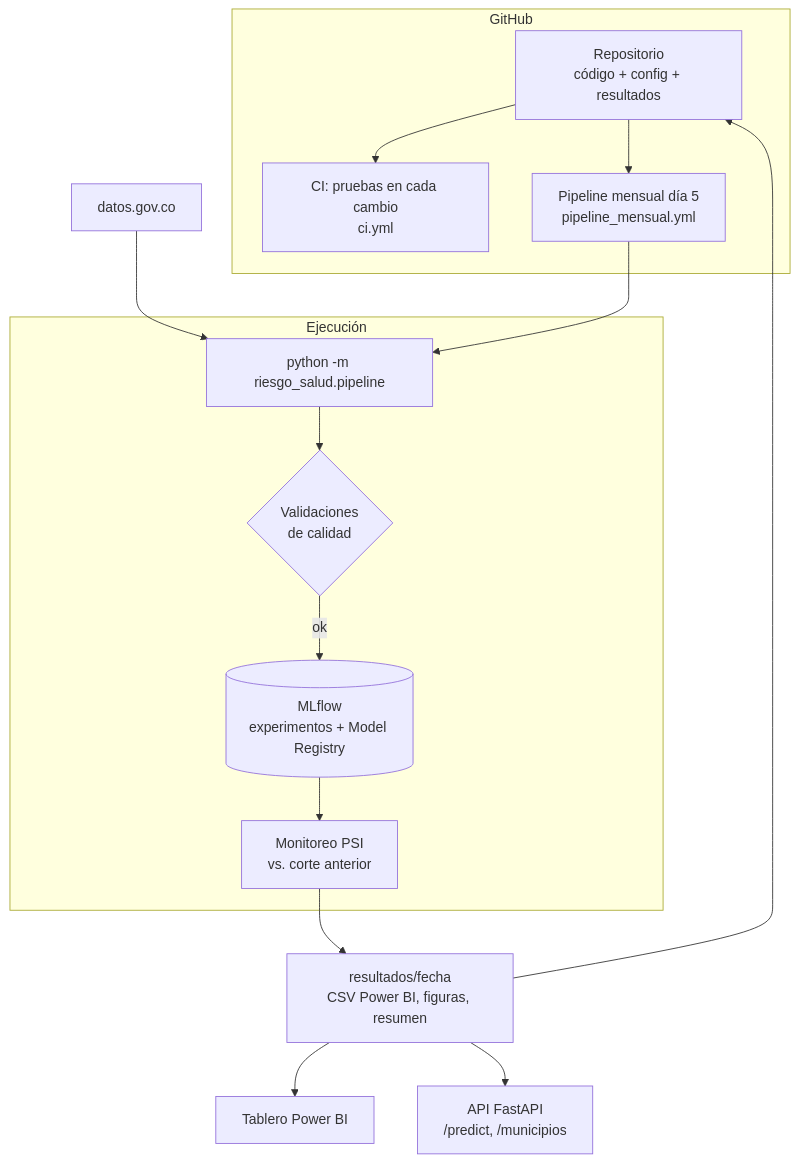
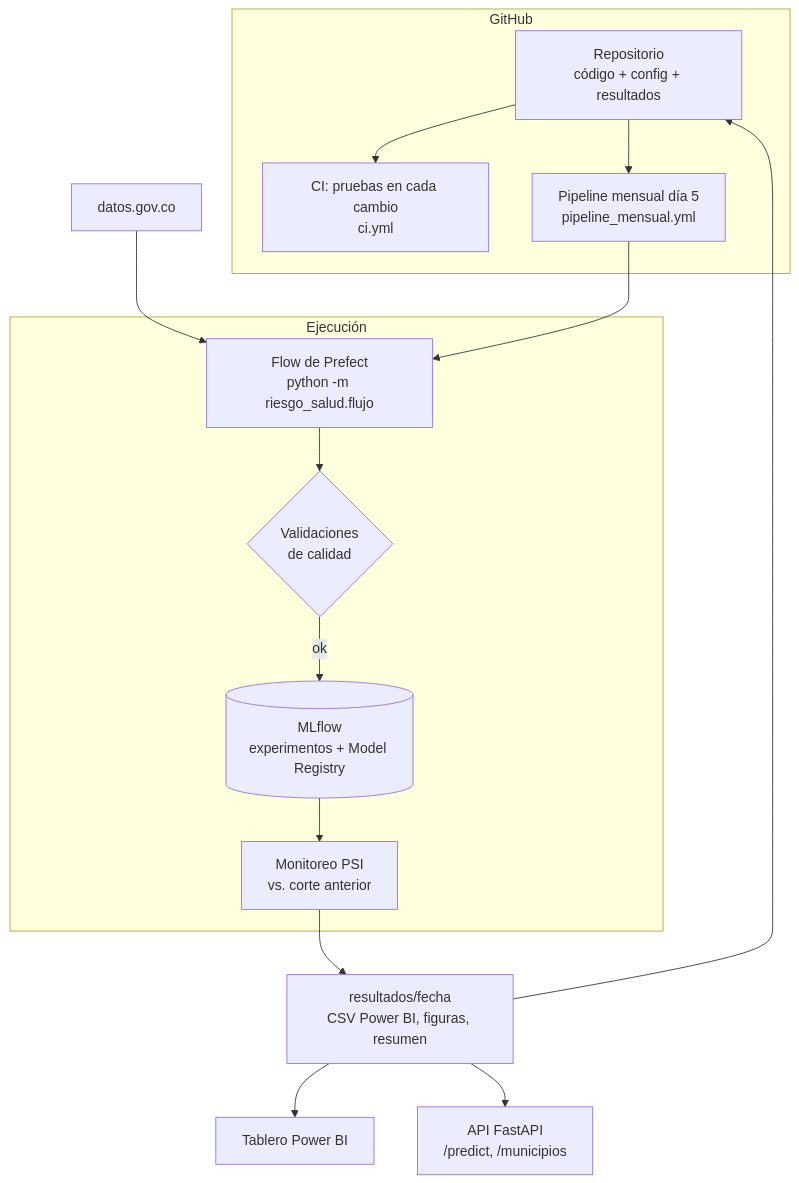
Before and after one commit to DABO-lab/riesgo-acceso-salud: the diagram in docs/arquitectura_mlops.md, drawn with Mermaid. The commit also changed other lines of this file and 2 other files, not shown here.

Commit message:
Documentación de la orquestación con captura del flow run real
Claude-Session: https://claude.ai/code/session_0144GvZyqirZhEipTU5oiBmg

````diff
--- a/docs/arquitectura_mlops.md
+++ b/docs/arquitectura_mlops.md
@@ -3,22 +3,22 @@
 ```mermaid
 flowchart TB
     subgraph GitHub
         R[Repositorio<br/>código + config + resultados]
         CI[CI: pruebas en cada cambio<br/>ci.yml]
         M[Pipeline mensual día 5<br/>pipeline_mensual.yml]
     end
     subgraph Ejecución
-        P[python -m riesgo_salud.pipeline]
+        P[Flow de Prefect<br/>python -m riesgo_salud.flujo]
         V{Validaciones<br/>de calidad}
         ML[(MLflow<br/>experimentos + Model Registry)]
         MON[Monitoreo PSI<br/>vs. corte anterior]
     end
     API[datos.gov.co] --> P
     R --> CI
     R --> M --> P --> V
     V -- ok --> ML --> MON
     MON --> OUT[resultados/fecha<br/>CSV Power BI, figuras, resumen]
     OUT --> R
     OUT --> PBI[Tablero Power BI]
     OUT --> SVC[API FastAPI<br/>/predict, /municipios]
 ```
````
